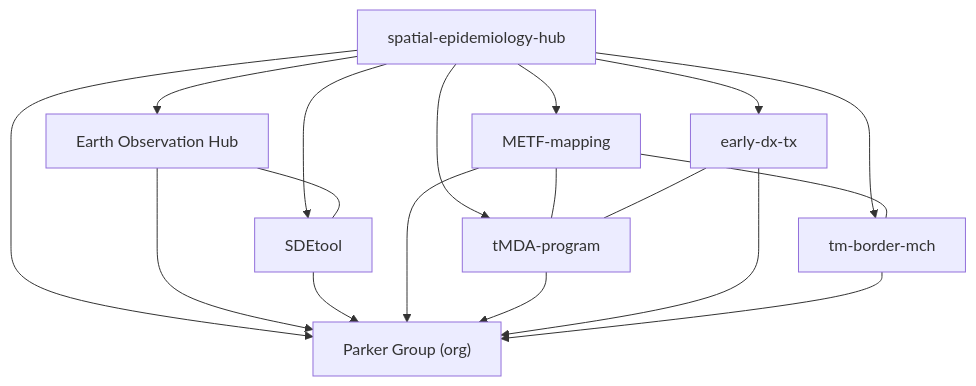
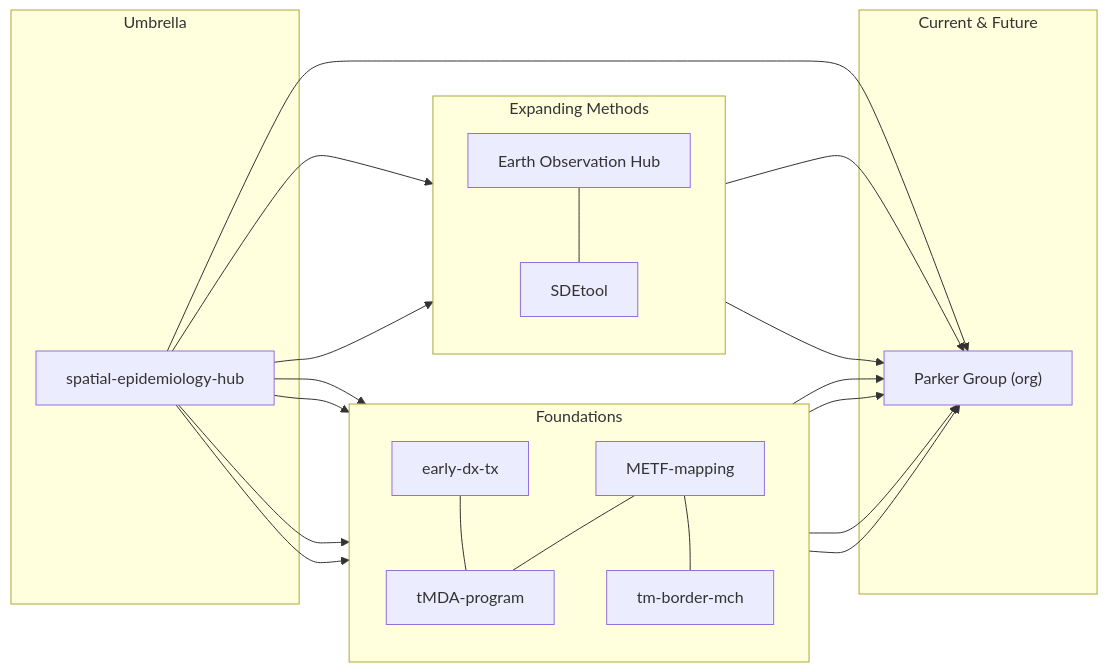
The diagram in README.md (DMParker1/spatial-epidemiology-hub), drawn with Mermaid before and after one commit.

````diff
--- a/README.md
+++ b/README.md
@@ -38,31 +38,48 @@
 ```mermaid
-flowchart TD
-  GIS["spatial-epidemiology-hub"]
-  METF["METF-mapping"]
-  tMDA["tMDA-program"]
-  EDT["early-dx-tx"]
-  MCH["tm-border-mch"]
-  EO["Earth Observation Hub"]
-  SDE["SDEtool"]
-  PG["Parker Group (org)"]
+flowchart LR
+  %% Phases as subgraphs
+  subgraph A[Foundations]
+    direction TB
+    METF["METF-mapping"]
+    EDT["early-dx-tx"]
+    MCH["tm-border-mch"]
+    tMDA["tMDA-program"]
+  end
 
+  subgraph B[Expanding Methods]
+    direction TB
+    EO["Earth Observation Hub"]
+    SDE["SDEtool"]
+  end
+
+  subgraph C[Umbrella]
+    GIS["spatial-epidemiology-hub"]
+  end
+
+  subgraph D[Current & Future]
+    PG["Parker Group (org)"]
+  end
+
+  %% Umbrella links
   GIS --> METF
   GIS --> tMDA
   GIS --> EDT
   GIS --> MCH
   GIS --> EO
   GIS --> SDE
   GIS --> PG
 
+  %% Project interlinks
   METF --- tMDA
   EDT --- tMDA
   METF --- MCH
   EO --- SDE
 
+  %% Converge into Parker Group
   EO --> PG
   SDE --> PG
   METF --> PG
   tMDA --> PG
   EDT --> PG
   MCH --> PG
 ```
````
